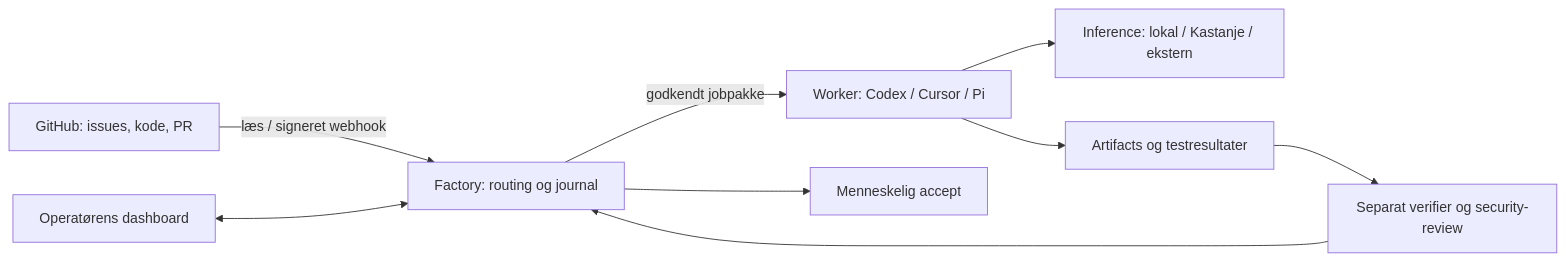
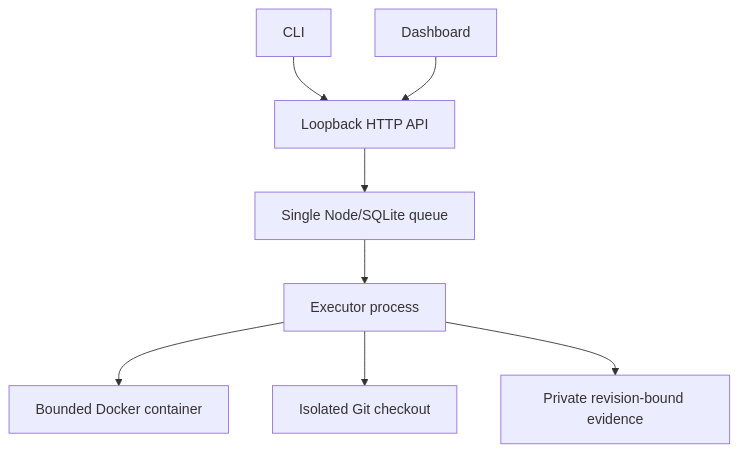
One commit to arcitai/software-and-defence-factory changed the diagram in docs/architecture.md. Above: the diagram before and after it, drawn with Mermaid. The commit also changed other lines of this file and 167 other files, not shown here.

Commit message:
Ship standalone factory CLI with native runtime and packaged dashboard (#2)

````diff
--- a/docs/architecture.md
+++ b/docs/architecture.md
@@ -5,11 +7,10 @@
 ```mermaid
-flowchart LR
-  G[GitHub: issues, kode, PR] -->|læs / signeret webhook| C[Factory: routing og journal]
-  U[Operatørens dashboard] <--> C
-  C -->|godkendt jobpakke| W[Worker: Codex / Cursor / Pi]
-  W --> M[Inference: lokal / Kastanje / ekstern]
-  W --> E[Artifacts og testresultater]
-  E --> V[Separat verifier og security-review]
-  V --> C
-  C --> A[Menneskelig accept]
+flowchart TD
+    CLI[CLI] --> API[Loopback HTTP API]
+    UI[Dashboard] --> API
+    API --> Q[Single Node/SQLite queue]
+    Q --> E[Executor process]
+    E --> D[Bounded Docker container]
+    E --> G[Isolated Git checkout]
+    E --> A[Private revision-bound evidence]
 ```
````
